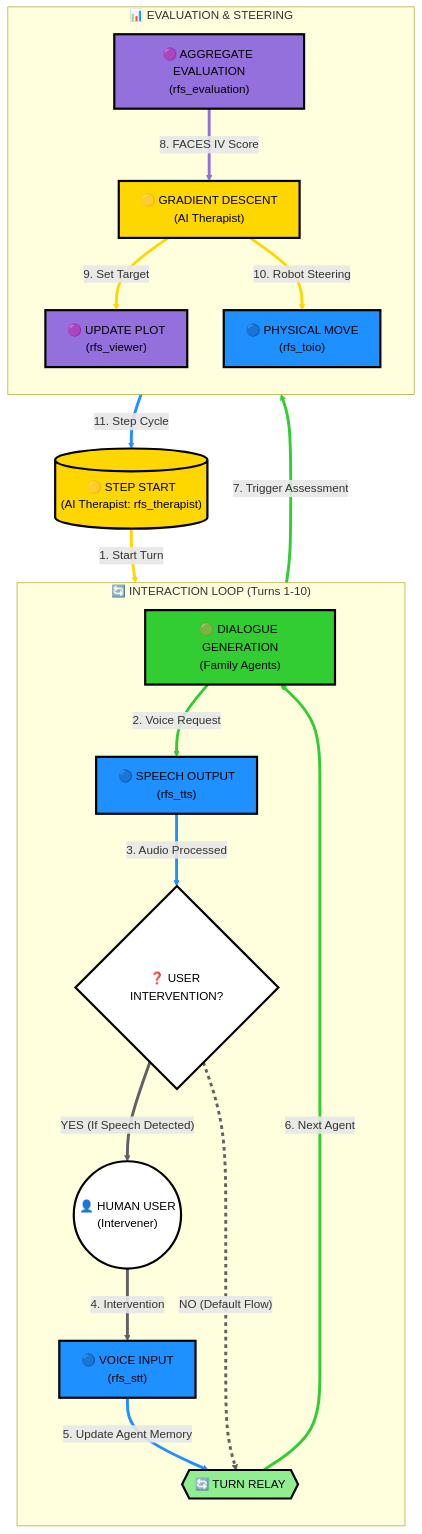
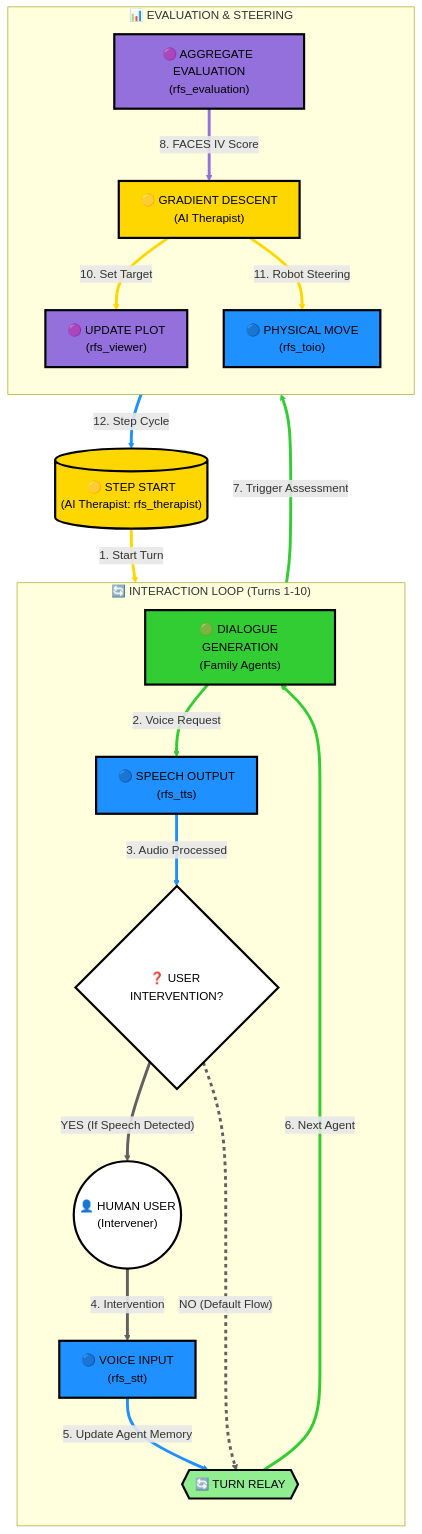
Before and after one commit to robotaichi/rfs: the diagram in README.md, drawn with Mermaid. The commit also changed other lines of this file, not shown here.

Commit message:
Add Future Thinking Laboratory introduction and projects link

````diff
--- a/README.md
+++ b/README.md
@@ -18,75 +22,75 @@
 ```mermaid
 graph TD
     %% 1. Initialization
     S1[("🟡 STEP START<br/>(AI Therapist: rfs_therapist)")]
     
     %% 2. Interaction
     subgraph Phase2 ["🔄 INTERACTION LOOP (Turns 1-10)"]
         direction TB
         F1["🟢 DIALOGUE GENERATION<br/>(Family Agents)"]
         T1["🔵 SPEECH OUTPUT<br/>(rfs_tts)"]
         
         %% Conditional Interaction
         U_IF{"❓ USER INTERVENTION?"}
         U1(("👤 HUMAN USER<br/>(Intervener)"))
         I1["🔵 VOICE INPUT<br/>(rfs_stt)"]
         
         R1{{"🔄 TURN RELAY"}}
     end
     
     %% 3. Evaluation
     subgraph Phase3 ["📊 EVALUATION & STEERING"]
         direction TB
         E1["🟣 AGGREGATE EVALUATION<br/>(rfs_evaluation)"]
         G1["🟡 GRADIENT DESCENT<br/>(AI Therapist)"]
         P1["🟣 UPDATE PLOT<br/>(rfs_viewer)"]
         M1["🔵 PHYSICAL MOVE<br/>(rfs_toio)"]
     end
 
     %% Process Connections
     S1 -- "1. Start Turn" --> F1
     F1 -- "2. Voice Request" --> T1
     T1 -- "3. Audio Processed" --> U_IF
     
     %% Branching
     U_IF -- "YES (If Speech Detected)" --> U1
     U1 -- "4. Intervention" --> I1
     I1 -- "5. Update Agent Memory" --> R1
     
     U_IF -. "NO (Default Flow)" .-> R1
     
     R1 -- "6. Next Agent" --> F1
     R1 -- "7. Trigger Assessment" --> E1
     E1 -- "8. FACES IV Score" --> G1
-    G1 -- "9. Set Target" --> P1
-    G1 -- "10. Robot Steering" --> M1
-    M1 -- "11. Step Cycle" --> S1
+    G1 -- "10. Set Target" --> P1
+    G1 -- "11. Robot Steering" --> M1
+    M1 -- "12. Step Cycle" --> S1
 
     %% Node Styling (High Contrast)
     style S1 fill:#FFD700,stroke:#000,stroke-width:3px,color:#000
     style F1 fill:#32CD32,stroke:#000,stroke-width:3px,color:#000
     style T1 fill:#1E90FF,stroke:#000,stroke-width:3px,color:#000
     style U_IF fill:#FFFFFF,stroke:#000,stroke-width:3px,color:#000
     style U1 fill:#FFFFFF,stroke:#000,stroke-width:3px,color:#000
     style I1 fill:#1E90FF,stroke:#000,stroke-width:3px,color:#000
     style R1 fill:#90EE90,stroke:#000,stroke-width:3px,color:#000
     style E1 fill:#9370DB,stroke:#000,stroke-width:3px,color:#000
     style G1 fill:#FFD700,stroke:#000,stroke-width:3px,color:#000
     style P1 fill:#9370DB,stroke:#000,stroke-width:3px,color:#000
     style M1 fill:#1E90FF,stroke:#000,stroke-width:3px,color:#000
 
     %% Link Styling (Bold & Node-Coordinated)
     linkStyle 0 stroke:#FFD700,stroke-width:4px
     linkStyle 1 stroke:#32CD32,stroke-width:4px
     linkStyle 2 stroke:#1E90FF,stroke-width:4px
     linkStyle 3 stroke:#616161,stroke-width:4px
     linkStyle 4 stroke:#616161,stroke-width:4px
     linkStyle 5 stroke:#1E90FF,stroke-width:4px
     linkStyle 6 stroke:#616161,stroke-width:4px,stroke-dasharray: 5 5
     linkStyle 7 stroke:#32CD32,stroke-width:4px
     linkStyle 8 stroke:#32CD32,stroke-width:4px
     linkStyle 9 stroke:#9370DB,stroke-width:4px
     linkStyle 10 stroke:#FFD700,stroke-width:4px
     linkStyle 11 stroke:#FFD700,stroke-width:4px
     linkStyle 12 stroke:#1E90FF,stroke-width:4px
 ```
````
